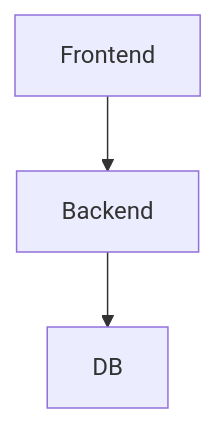
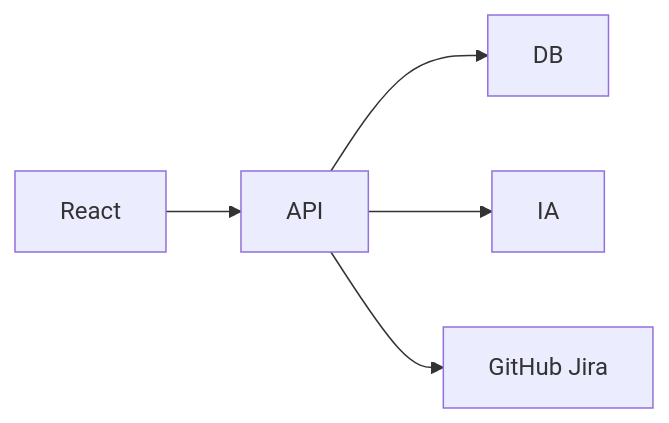
Before and after one commit to essancv/training: the diagram in analysis_ia_sesgo/DOC5_ARCH_OPTIONS.md, drawn with Mermaid. The commit also changed other lines of this file, not shown here.

````diff
--- a/analysis_ia_sesgo/DOC5_ARCH_OPTIONS.md
+++ b/analysis_ia_sesgo/DOC5_ARCH_OPTIONS.md
@@ -9,5 +9,7 @@
 ```mermaid
-flowchart TD
-NODE1["Frontend"] --> NODE2["Backend"]
-NODE2 --> NODE3["DB"]
+flowchart LR
+NODE1[React] --> NODE2[API]
+NODE2 --> NODE3[DB]
+NODE2 --> NODE4[IA]
+NODE2 --> NODE5[GitHub Jira]
 ```
````
